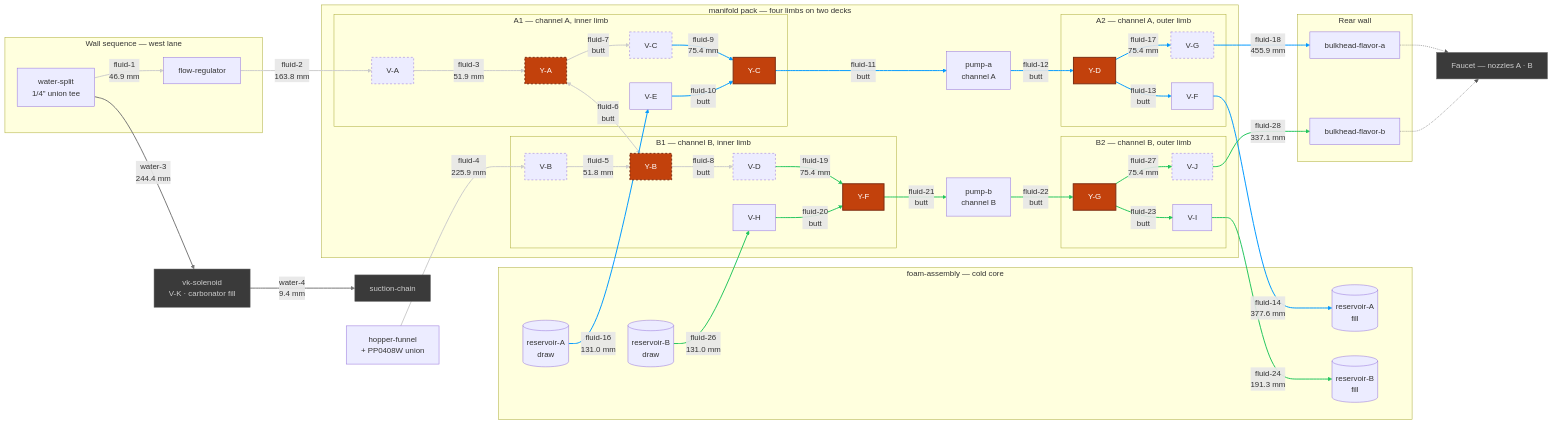
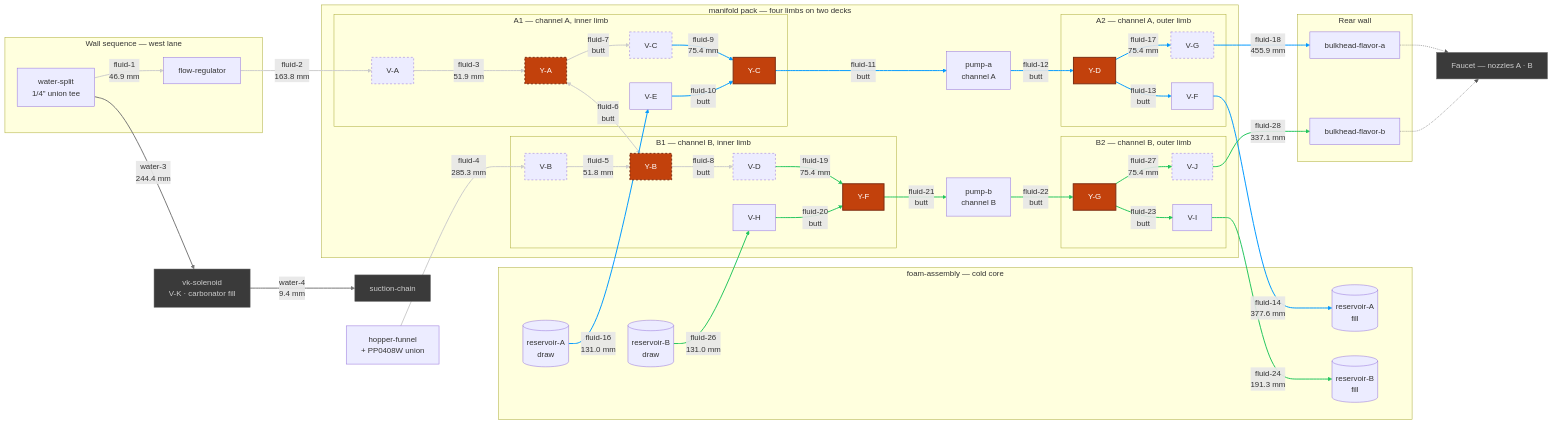
The diagram in hardware/topology/fluid-topology-manifold.mmd (derekbreden/homesodamachine), drawn with Mermaid before and after one commit.

Commit message:
the assembly and its two records carry the drain's new loop
289/289.

```diff
--- a/hardware/topology/fluid-topology-manifold.mmd
+++ b/hardware/topology/fluid-topology-manifold.mmd
@@ -14,7 +14,7 @@
   %% [26](SEGMENT_COUNT) flavor segments. [11](BUTT_COUNT) are collet butted to collet and carry
   %% no tube at all; [9](DRAWN_COUNT) are swept runs between placed bodies; the rest are the
   %% hinge's four hairpins and the source pair's two quarter-and-step turns. What is cut comes to
-  %% [2465.7 mm](FLUID_TOTAL) of 1/4" LLDPE over [49](FLUID_BENDS) corners, and the longest is
+  %% [2525.1 mm](FLUID_TOTAL) of 1/4" LLDPE over [51](FLUID_BENDS) corners, and the longest is
   %% [fluid-18](LONGEST_ID) at [455.9 mm](LONGEST_LEN). [0](OPEN_COUNT) are mouths with nothing
   %% on the far end of them: EVERY FLAVOR SEGMENT IN THIS CHART IS MADE. The hopper's gravity
   %% drain is drawn like the rest — the funnel is seated in the box rather than placed in the
@@ -120,7 +120,7 @@
   Split -->|"fluid-1<br/>46.9 mm"| FlowReg
   FlowReg -->|"fluid-2<br/>163.8 mm"| VA
   VA -->|"fluid-3<br/>51.9 mm"| YA
-  Hopper -->|"fluid-4<br/>225.9 mm"| VB
+  Hopper -->|"fluid-4<br/>285.3 mm"| VB
   VB -->|"fluid-5<br/>51.8 mm"| YB
   YA <-->|"fluid-6<br/>butt"| YB
   YA -->|"fluid-7<br/>butt"| VC
```
